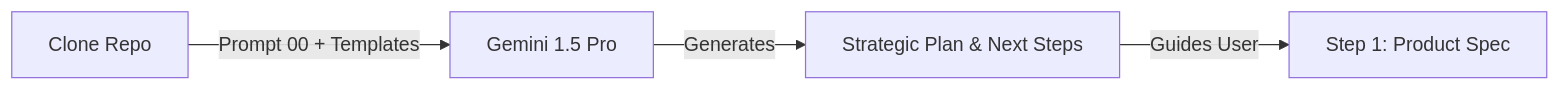
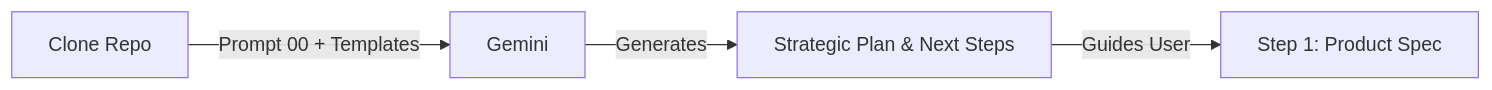
The diagram in guides/00_kickoff.md (richfrem/quantum-diamond-forge), drawn with Mermaid before and after one commit. The commit also changed other lines of this file and 66 other files, not shown here.

Commit message:
Update prompts, README, diagrams, and add new backlog task for Ultra-Lean evaluation

````diff
--- a/guides/00_kickoff.md
+++ b/guides/00_kickoff.md
@@ -10,6 +10,6 @@
 ```mermaid
 flowchart LR
-    Clone[Clone Repo] -->|Prompt 00 + Templates| Gemini[Gemini 1.5 Pro]
+    Clone[Clone Repo] --> |Prompt 00 + Templates| Gemini[Gemini]
     Gemini -->|Generates| Plan[Strategic Plan & Next Steps]
     Plan -->|Guides User| Step1[Step 1: Product Spec]
 ```
````
